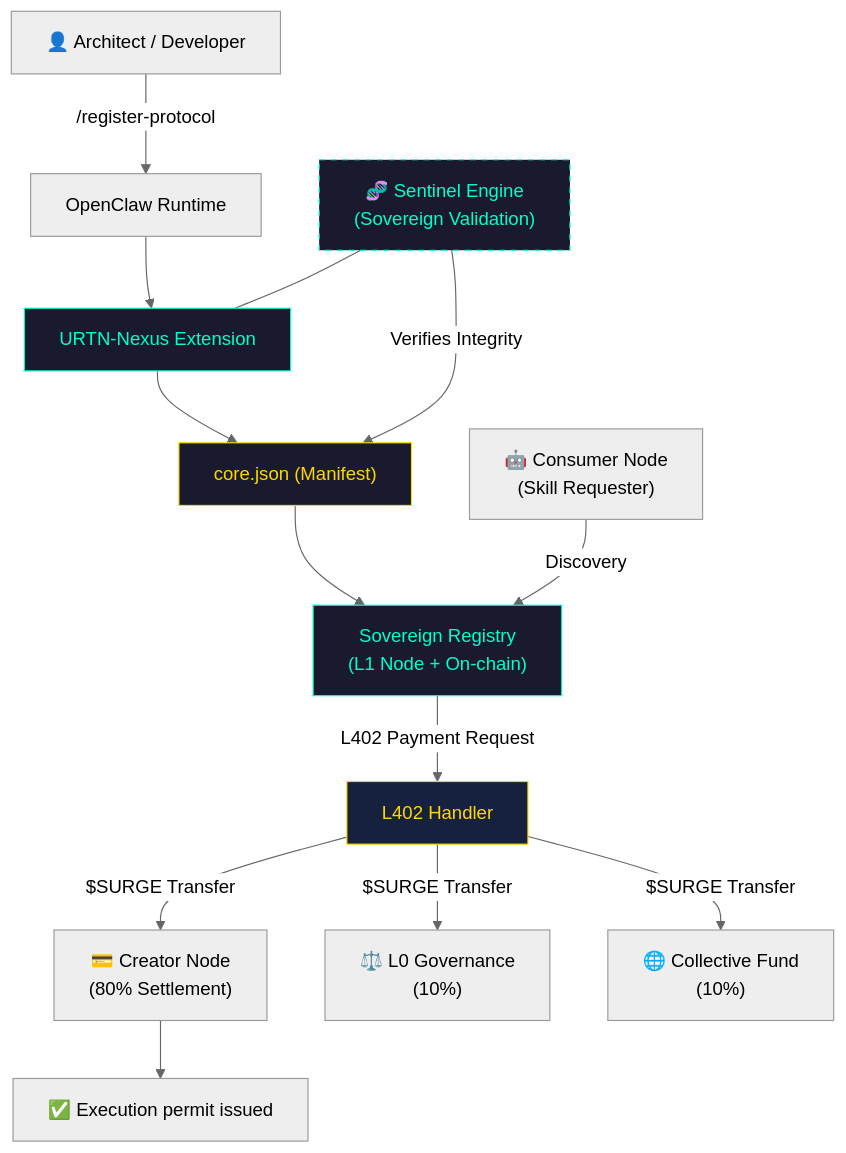
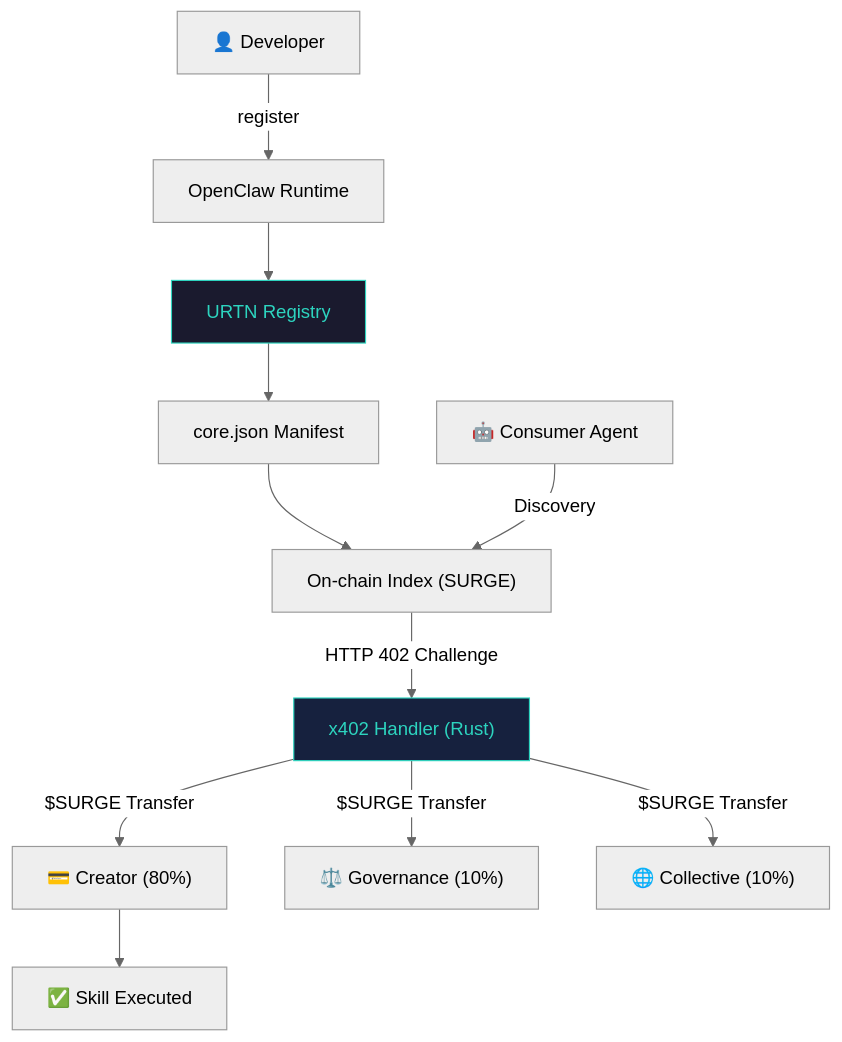
The diagram in README.md (symbeon-labs/skillvault), drawn with Mermaid (neutral theme) before and after one commit. The commit also changed other lines of this file, not shown here.

Commit message:
docs(readme): complete rewrite for hackathon judges - x402 flow, architecture, live demo link

````diff
--- a/README.md
+++ b/README.md
@@ -95,23 +104,17 @@
 ```mermaid
 graph TD
-    A["👤 Architect / Developer"] -->|"/register-protocol"| B["OpenClaw Runtime"]
-    B --> C["URTN-Nexus Extension"]
-    C --> D["core.json (Manifest)"]
-    D --> E["Sovereign Registry\n(L1 Node + On-chain)"]
+    A["👤 Developer"] -->|"register"| B["OpenClaw Runtime"]
+    B --> C["URTN Registry"]
+    C --> D["core.json Manifest"]
+    D --> E["On-chain Index (SURGE)"]
 
-    F["🤖 Consumer Node\n(Skill Requester)"] -->|"Discovery"| E
-    E -->|"L402 Payment Request"| G["L402 Handler"]
-    G -->|"$SURGE Transfer"| H["💳 Creator Node\n(80% Settlement)"]
-    G -->|"$SURGE Transfer"| I["⚖️ L0 Governance\n(10%)"]
-    G -->|"$SURGE Transfer"| J["🌐 Collective Fund\n(10%)"]
-    H --> K["✅ Execution permit issued"]
+    F["🤖 Consumer Agent"] -->|"Discovery"| E
+    E -->|"HTTP 402 Challenge"| G["x402 Handler (Rust)"]
+    G -->|"$SURGE Transfer"| H["💳 Creator (80%)"]
+    G -->|"$SURGE Transfer"| I["⚖️ Governance (10%)"]
+    G -->|"$SURGE Transfer"| J["🌐 Collective (10%)"]
+    H --> K["✅ Skill Executed"]
 
-    L["🧬 Sentinel Engine\n(Sovereign Validation)"] --- C
-    L -->|"Verifies Integrity"| D
-
-    style C fill:#1a1a2e,color:#00ffcc,stroke:#00ffcc
-    style D fill:#1a1a2e,color:#ffd700,stroke:#ffd700
-    style E fill:#1a1a2e,color:#00ffcc,stroke:#00ffcc
-    style G fill:#16213e,color:#ffd700,stroke:#ffd700
-    style L fill:#1a1a2e,color:#00ffcc,stroke:#00ffcc,stroke-dasharray: 5 5
+    style C fill:#1a1a2e,color:#2dd4bf,stroke:#2dd4bf
+    style G fill:#16213e,color:#2dd4bf,stroke:#2dd4bf
 ```
````
